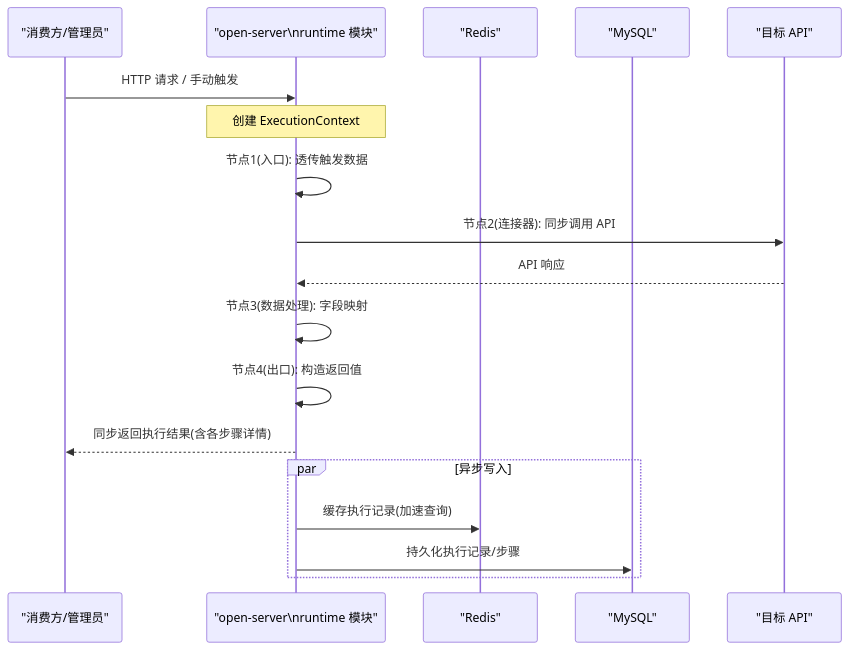
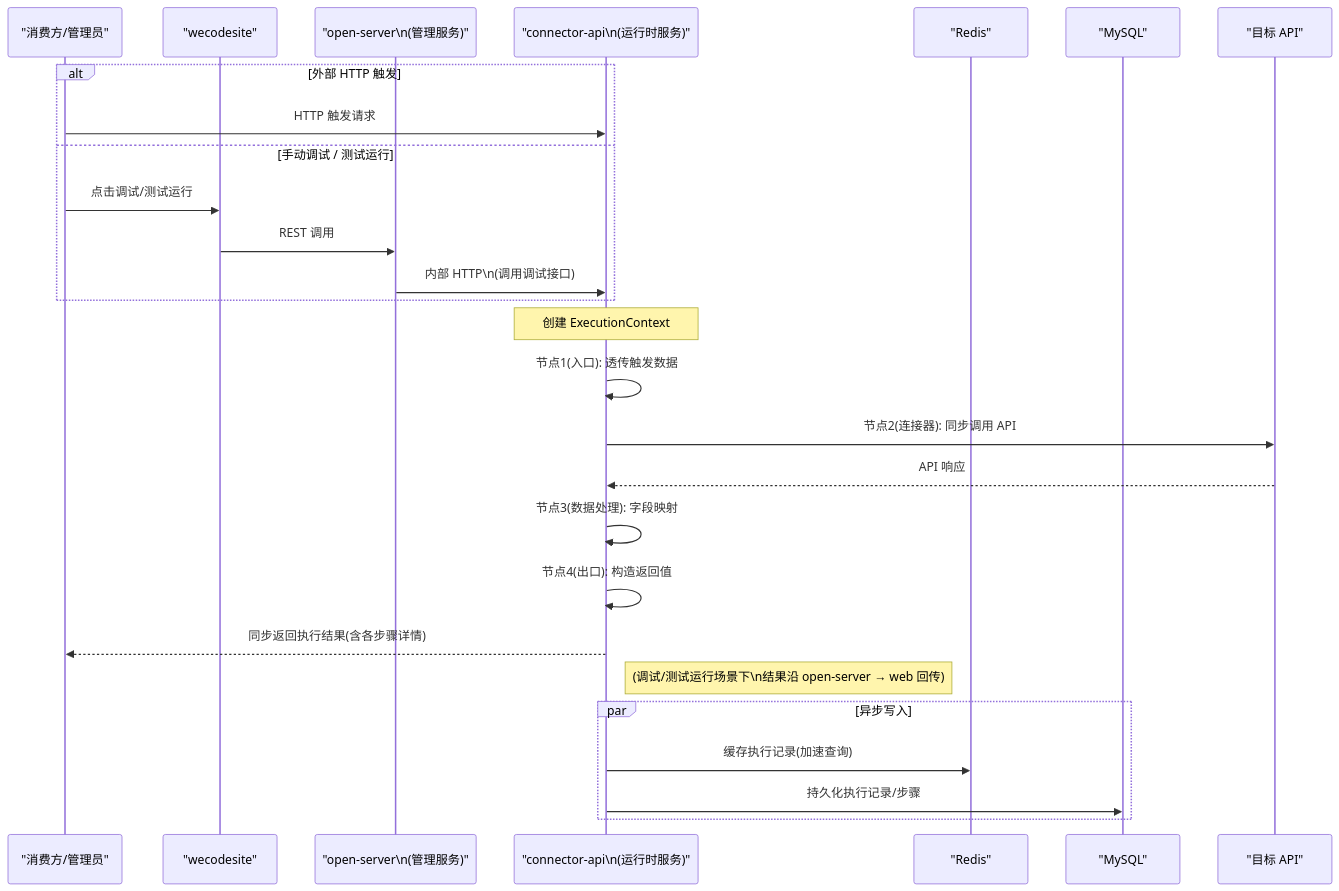
One commit to THZSummer/open-app changed the fourth of 5 diagrams in .sddu/specs-tree-root/specs-tree-connector-platform/plan.md. Above: the diagram before and after it, drawn with Mermaid. The commit also changed other lines of this file and 2 other files, not shown here.

First line of the commit message:
plan(connector-platform): 运行时拆分为独立服务 connector-api

````diff
--- a/.sddu/specs-tree-root/specs-tree-connector-platform/plan.md
+++ b/.sddu/specs-tree-root/specs-tree-connector-platform/plan.md
@@ -254,28 +308,37 @@
 ```mermaid
 sequenceDiagram
     participant Client as "消费方/管理员"
-    participant OpenSvr as "open-server\nruntime 模块"
+    participant Web as "wecodesite"
+    participant OpenSvr as "open-server\n(管理服务)"
+    participant ConnApi as "connector-api\n(运行时服务)"
     participant Redis as "Redis"
     participant MySQL as "MySQL"
     participant Target as "目标 API"
 
-    Client->>OpenSvr: HTTP 请求 / 手动触发
+    alt 外部 HTTP 触发
+        Client->>ConnApi: HTTP 触发请求
+    else 手动调试 / 测试运行
+        Client->>Web: 点击调试/测试运行
+        Web->>OpenSvr: REST 调用
+        OpenSvr->>ConnApi: 内部 HTTP\n(调用调试接口)
+    end
     
-    Note over OpenSvr: 创建 ExecutionContext
+    Note over ConnApi: 创建 ExecutionContext
     
-    OpenSvr->>OpenSvr: 节点1(入口): 透传触发数据
+    ConnApi->>ConnApi: 节点1(入口): 透传触发数据
     
-    OpenSvr->>Target: 节点2(连接器): 同步调用 API
-    Target-->>OpenSvr: API 响应
+    ConnApi->>Target: 节点2(连接器): 同步调用 API
+    Target-->>ConnApi: API 响应
     
-    OpenSvr->>OpenSvr: 节点3(数据处理): 字段映射
+    ConnApi->>ConnApi: 节点3(数据处理): 字段映射
     
-    OpenSvr->>OpenSvr: 节点4(出口): 构造返回值
+    ConnApi->>ConnApi: 节点4(出口): 构造返回值
     
-    OpenSvr-->>Client: 同步返回执行结果(含各步骤详情)
+    ConnApi-->>Client: 同步返回执行结果(含各步骤详情)
+    Note right of ConnApi: (调试/测试运行场景下\n结果沿 open-server → web 回传)
     
     par 异步写入
-        OpenSvr->>Redis: 缓存执行记录(加速查询)
-        OpenSvr->>MySQL: 持久化执行记录/步骤
+        ConnApi->>Redis: 缓存执行记录(加速查询)
+        ConnApi->>MySQL: 持久化执行记录/步骤
     end
 ```
````
